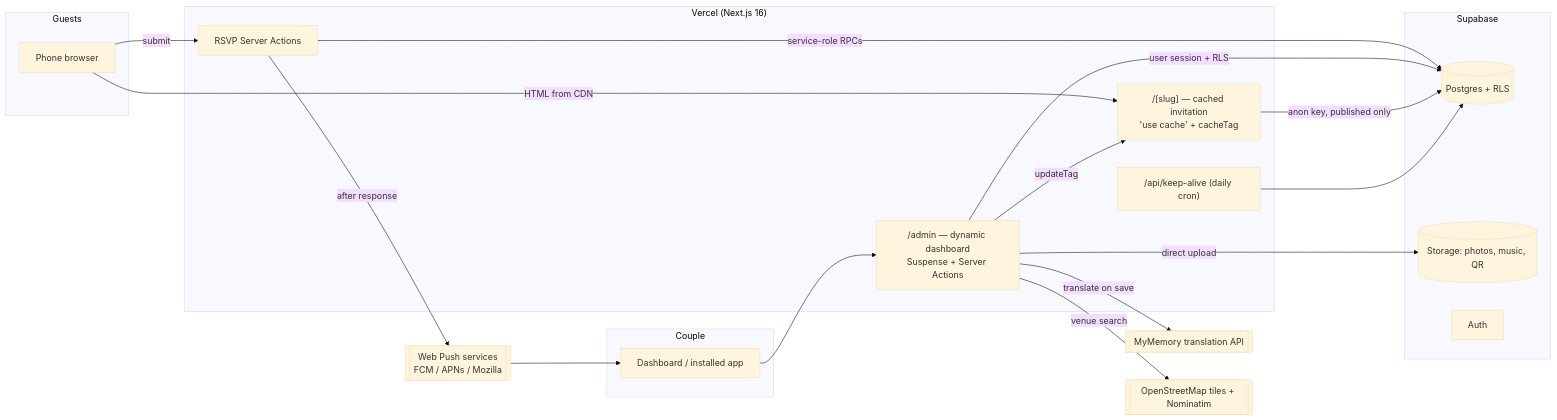
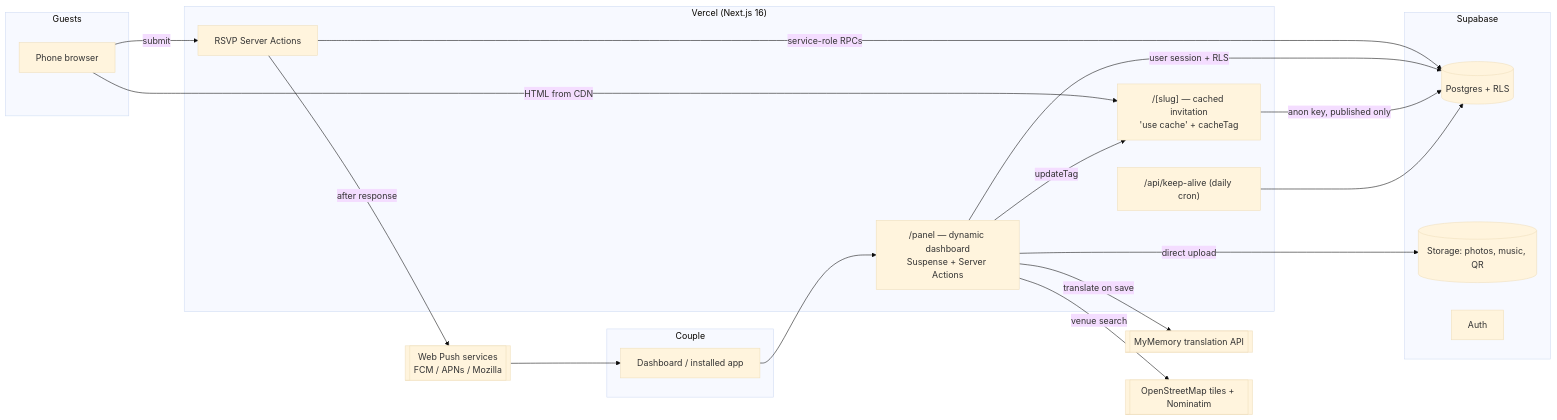
One commit to Daniiel18/plataforma-bodas changed the first of 2 diagrams in docs/architecture.md. Above: the diagram before and after it, drawn with Mermaid (base theme). The commit also changed other lines of this file and 6 other files, not shown here.

````diff
--- a/docs/architecture.md
+++ b/docs/architecture.md
@@ -9,37 +9,37 @@
 ```mermaid
 flowchart LR
   subgraph Guests
     G[Phone browser]
   end
   subgraph Couple
     C[Dashboard / installed app]
   end
   subgraph Vercel["Vercel (Next.js 16)"]
     INV["/[slug] — cached invitation<br/>'use cache' + cacheTag"]
-    ADM["/admin — dynamic dashboard<br/>Suspense + Server Actions"]
+    ADM["/panel — dynamic dashboard<br/>Suspense + Server Actions"]
     RSVP["RSVP Server Actions"]
     CRON["/api/keep-alive (daily cron)"]
   end
   subgraph Supabase
     DB[(Postgres + RLS)]
     ST[(Storage: photos, music, QR)]
     AUTH[Auth]
   end
   PUSH[[Web Push services<br/>FCM / APNs / Mozilla]]
   MM[[MyMemory translation API]]
   OSM[[OpenStreetMap tiles + Nominatim]]
 
   G -->|HTML from CDN| INV
   G -->|submit| RSVP
   RSVP -->|service-role RPCs| DB
   RSVP -->|after response| PUSH
   PUSH --> C
   C --> ADM
   ADM -->|user session + RLS| DB
   ADM -->|direct upload| ST
   ADM -->|translate on save| MM
   ADM -->|venue search| OSM
   ADM -->|updateTag| INV
   INV -->|anon key, published only| DB
   CRON --> DB
 ```
````
